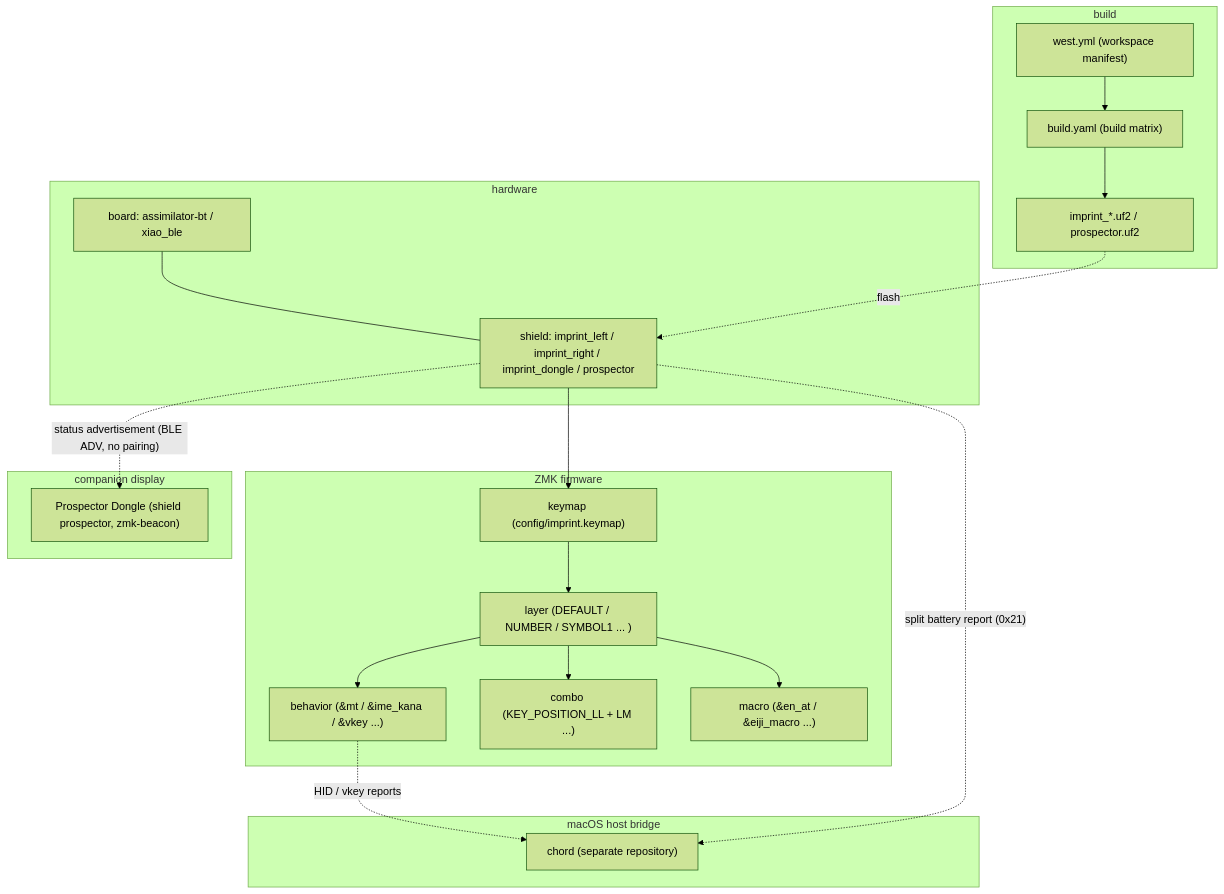
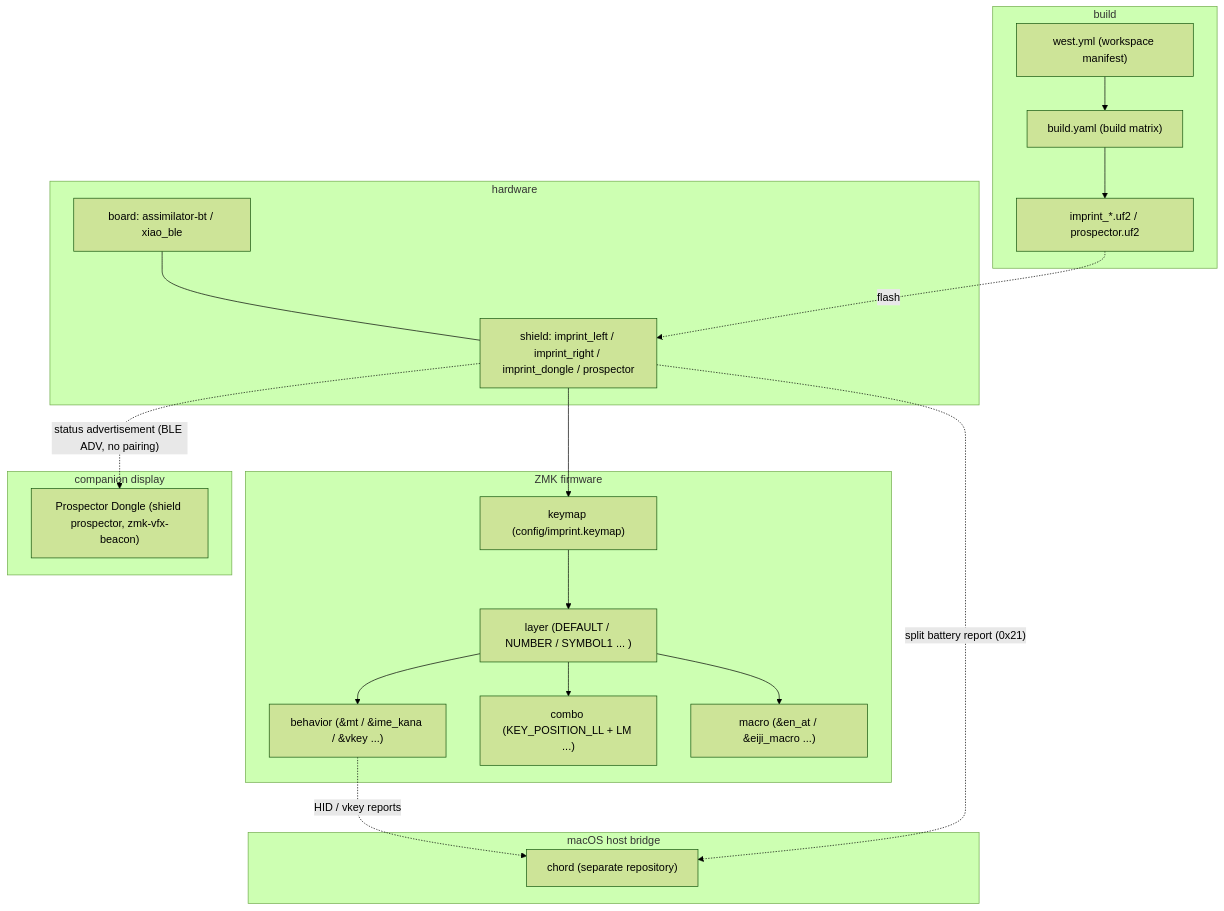
One commit to akira-toriyama/canon changed the diagram in docs/glossary.md. Above: the diagram before and after it, drawn with Mermaid (forest theme). The commit also changed other lines of this file and 21 other files, not shown here.

First line of the commit message:
:arrow_up:(config)~ pin zmk-vfx-beacon 2a3bbc5 and zmk-vfx-lantern ea67148, the modules' new names, and keep the images' -beacon and -lantern suffixes (t-g1p7) (#327)

````diff
--- a/docs/glossary.md
+++ b/docs/glossary.md
@@ -25,37 +25,37 @@
 ```mermaid
 flowchart TB
   subgraph HW["hardware"]
     BOARD["board: assimilator-bt / xiao_ble"]
     SHIELD["shield: imprint_left / imprint_right / imprint_dongle / prospector"]
   end
   subgraph FW["ZMK firmware"]
     KEYMAP["keymap (config/imprint.keymap)"]
     LAYER["layer (DEFAULT / NUMBER / SYMBOL1 ... )"]
     BEHAVIOR["behavior (&mt / &ime_kana / &vkey ...)"]
     COMBO["combo (KEY_POSITION_LL + LM ...)"]
     MACRO["macro (&en_at / &eiji_macro ...)"]
   end
   subgraph BUILD["build"]
     WEST["west.yml (workspace manifest)"]
     BUILDYAML["build.yaml (build matrix)"]
     UF2["imprint_*.uf2 / prospector.uf2"]
   end
   subgraph HOST["macOS host bridge"]
     CHORD["chord (separate repository)"]
   end
   subgraph COMPANION["companion display"]
-    PROSPECTOR["Prospector Dongle (shield prospector, zmk-beacon)"]
+    PROSPECTOR["Prospector Dongle (shield prospector, zmk-vfx-beacon)"]
   end
   BOARD --- SHIELD
   SHIELD --> KEYMAP
   KEYMAP --> LAYER
   LAYER --> BEHAVIOR
   LAYER --> COMBO
   LAYER --> MACRO
   WEST --> BUILDYAML
   BUILDYAML --> UF2
   UF2 -.flash.-> SHIELD
   BEHAVIOR -.HID / vkey reports.-> CHORD
   SHIELD -.split battery report (0x21).-> CHORD
   SHIELD -.status advertisement (BLE ADV, no pairing).-> PROSPECTOR
 ```
````
